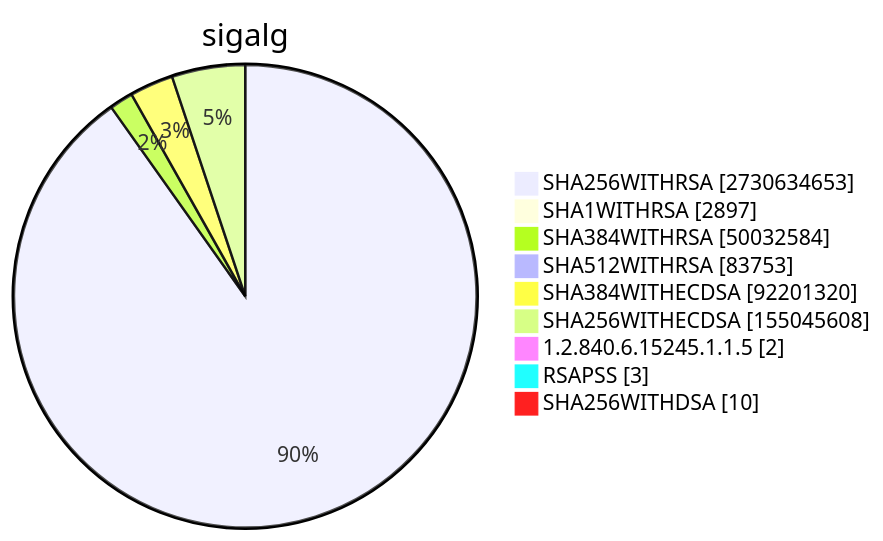
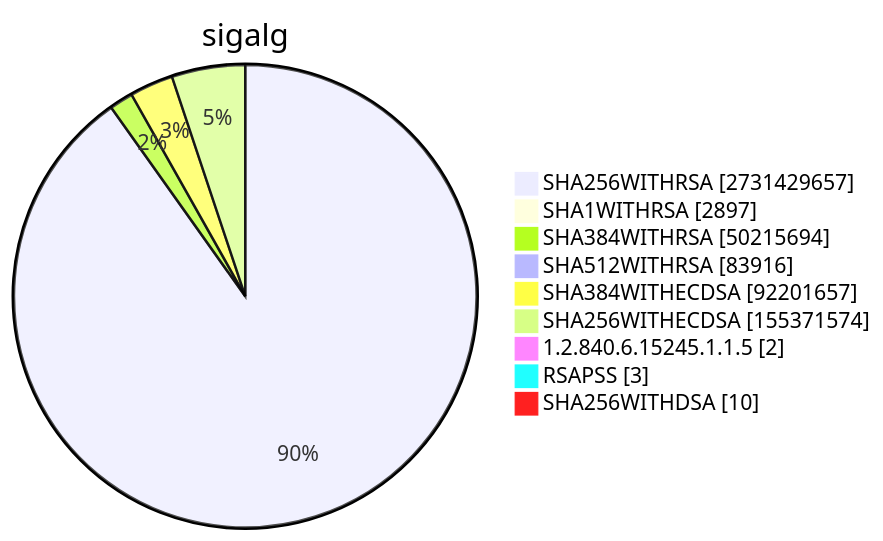
One commit to christiankrug/ctmonitor_visualization changed diagram 15 of 15 in TOTAL/README.md. Above: the diagram before and after it, drawn with Mermaid. The commit also changed other lines of this file, not shown here.

````diff
--- a/TOTAL/README.md
+++ b/TOTAL/README.md
@@ -6198,13 +6199,13 @@
 ```mermaid
 pie showData
 title sigalg
-"SHA256WITHRSA" :2730634653
+"SHA256WITHRSA" :2731429657
 "SHA1WITHRSA" :2897
-"SHA384WITHRSA" :50032584
-"SHA512WITHRSA" :83753
-"SHA384WITHECDSA" :92201320
-"SHA256WITHECDSA" :155045608
+"SHA384WITHRSA" :50215694
+"SHA512WITHRSA" :83916
+"SHA384WITHECDSA" :92201657
+"SHA256WITHECDSA" :155371574
 "1.2.840.6.15245.1.1.5" :2
 "RSAPSS" :3
 "SHA256WITHDSA" :10
 ```
````
